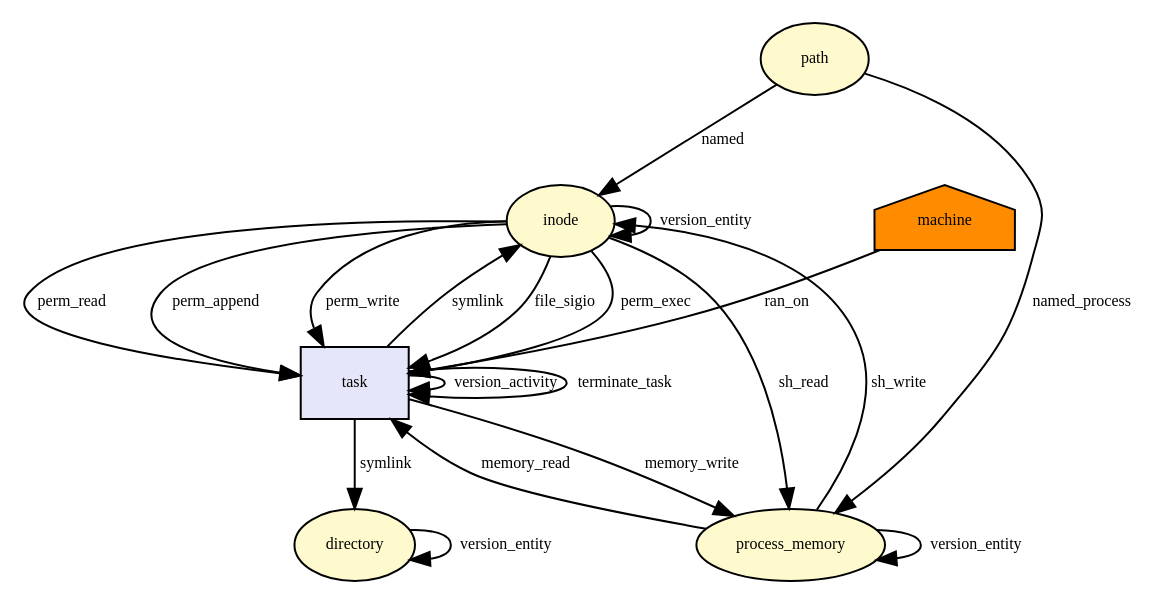
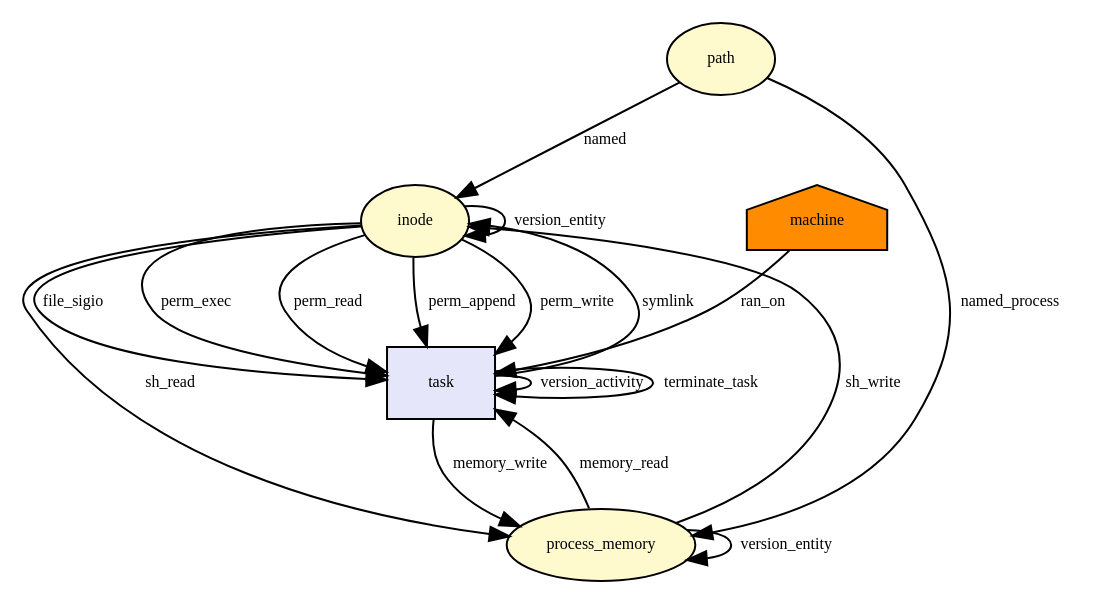
One commit to CamFlow/camflow-dev changed the diagram in docs/dot/__x64_sys_symlink.dot. Above: the diagram before and after it, drawn with Graphviz. The commit also changed 30 other files, not shown here.

```diff
--- a/docs/dot/__x64_sys_symlink.dot
+++ b/docs/dot/__x64_sys_symlink.dot
@@ -1,51 +1,45 @@
 digraph RGL__DirectedAdjacencyGraph {inode[fontsize = 8,label = inode,shape = ellipse, fillcolor="#fffacd", style = filled]
 
 task[fontsize = 8,label = task,shape = rectangle, fillcolor="#e6e6fa", style = filled]
 
 inode -> task[fontsize = 8,label = file_sigio]
 
 process_memory[fontsize = 8,label = process_memory,shape = ellipse, fillcolor="#fffacd", style = filled]
 
 task -> process_memory[fontsize = 8,label = memory_write]
 
 task -> task[fontsize = 8,label = version_activity]
 
 process_memory -> process_memory[fontsize = 8,label = version_entity]
 
 process_memory -> inode[fontsize = 8,label = sh_write]
 
 inode -> inode[fontsize = 8,label = version_entity]
 
 path[fontsize = 8,label = path,shape = ellipse, fillcolor="#fffacd", style = filled]
 
 path -> process_memory[fontsize = 8,label = named_process]
 
 machine[fontsize = 8,label = machine,shape = house, fillcolor="#ff8c00", style = filled]
 
 machine -> task[fontsize = 8,label = ran_on]
 
 inode -> task[fontsize = 8,label = perm_exec]
 
 inode -> task[fontsize = 8,label = perm_read]
 
 inode -> task[fontsize = 8,label = perm_append]
 
 inode -> task[fontsize = 8,label = perm_write]
 
 path -> inode[fontsize = 8,label = named]
 
 process_memory -> task[fontsize = 8,label = memory_read]
 
-directory[fontsize = 8,label = directory,shape = ellipse, fillcolor="#fffacd", style = filled]
-
-task -> directory[fontsize = 8,label = symlink]
-
-directory -> directory[fontsize = 8,label = version_entity]
+task -> inode[fontsize = 8,label = symlink]
 
 inode -> process_memory[fontsize = 8,label = sh_read]
-
-task -> inode[fontsize = 8,label = symlink]
 
 task -> task[fontsize = 8,label = terminate_task]
 
 }
```
